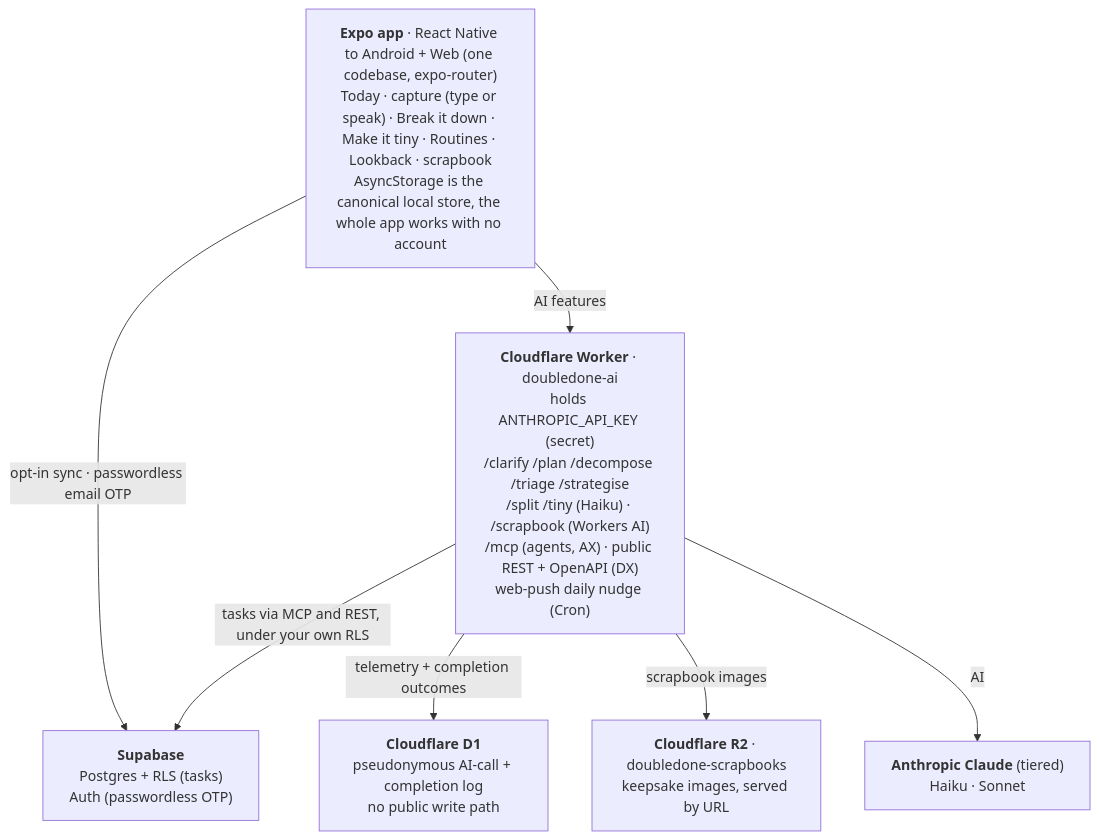
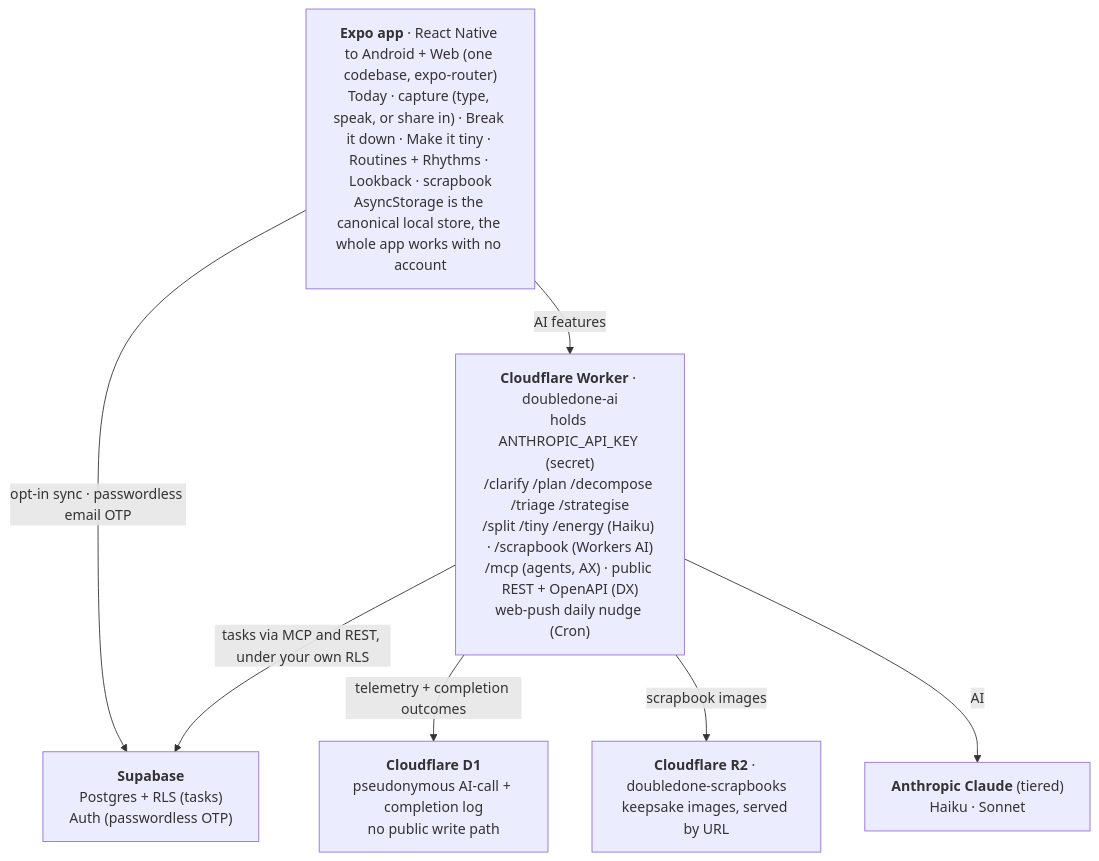
Before and after one commit to melroyds/doubledone: the diagram in README.md, drawn with Mermaid. The commit also changed other lines of this file and 15 other files, not shown here.

````diff
--- a/README.md
+++ b/README.md
@@ -119,10 +128,10 @@
 ```mermaid
 flowchart TB
-    App["<b>Expo app</b> · React Native to Android + Web (one codebase, expo-router)<br/>Today · capture (type or speak) · Break it down · Make it tiny · Routines · Lookback · scrapbook<br/>AsyncStorage is the canonical local store, the whole app works with no account"]
+    App["<b>Expo app</b> · React Native to Android + Web (one codebase, expo-router)<br/>Today · capture (type, speak, or share in) · Break it down · Make it tiny · Routines + Rhythms · Lookback · scrapbook<br/>AsyncStorage is the canonical local store, the whole app works with no account"]
     App -->|"opt-in sync · passwordless email OTP"| SB["<b>Supabase</b><br/>Postgres + RLS (tasks)<br/>Auth (passwordless OTP)"]
-    App -->|"AI features"| W["<b>Cloudflare Worker</b> · doubledone-ai<br/>holds ANTHROPIC_API_KEY (secret)<br/>/clarify /plan /decompose /triage /strategise<br/>/split /tiny (Haiku) · /scrapbook (Workers AI)<br/>/mcp (agents, AX) · public REST + OpenAPI (DX)<br/>web-push daily nudge (Cron)"]
+    App -->|"AI features"| W["<b>Cloudflare Worker</b> · doubledone-ai<br/>holds ANTHROPIC_API_KEY (secret)<br/>/clarify /plan /decompose /triage /strategise<br/>/split /tiny /energy (Haiku) · /scrapbook (Workers AI)<br/>/mcp (agents, AX) · public REST + OpenAPI (DX)<br/>web-push daily nudge (Cron)"]
     W -->|"tasks via MCP and REST, under your own RLS"| SB
     W -->|"telemetry + completion outcomes"| D1["<b>Cloudflare D1</b><br/>pseudonymous AI-call + completion log<br/>no public write path"]
     W -->|"scrapbook images"| R2["<b>Cloudflare R2</b> · doubledone-scrapbooks<br/>keepsake images, served by URL"]
     W -->|"AI"| AN["<b>Anthropic Claude</b> (tiered)<br/>Haiku · Sonnet"]
 ```
````
